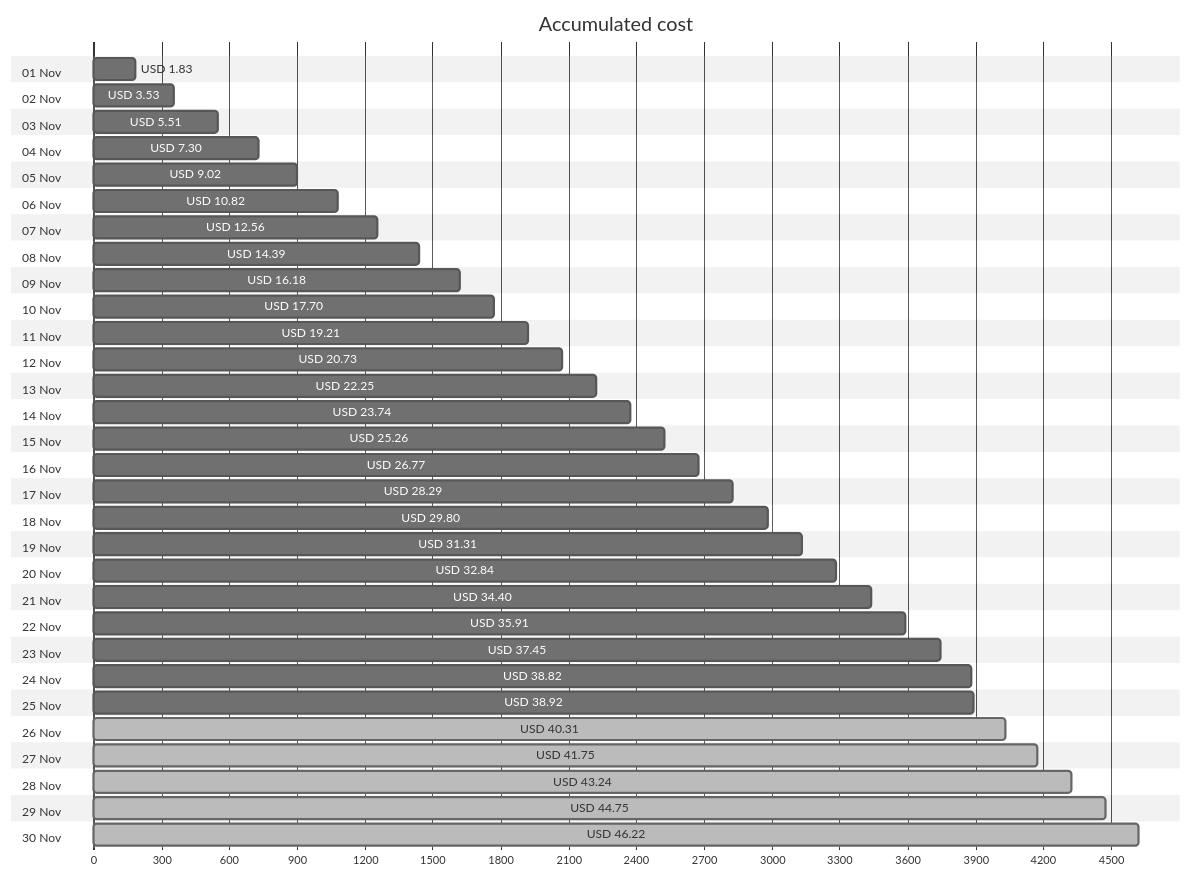
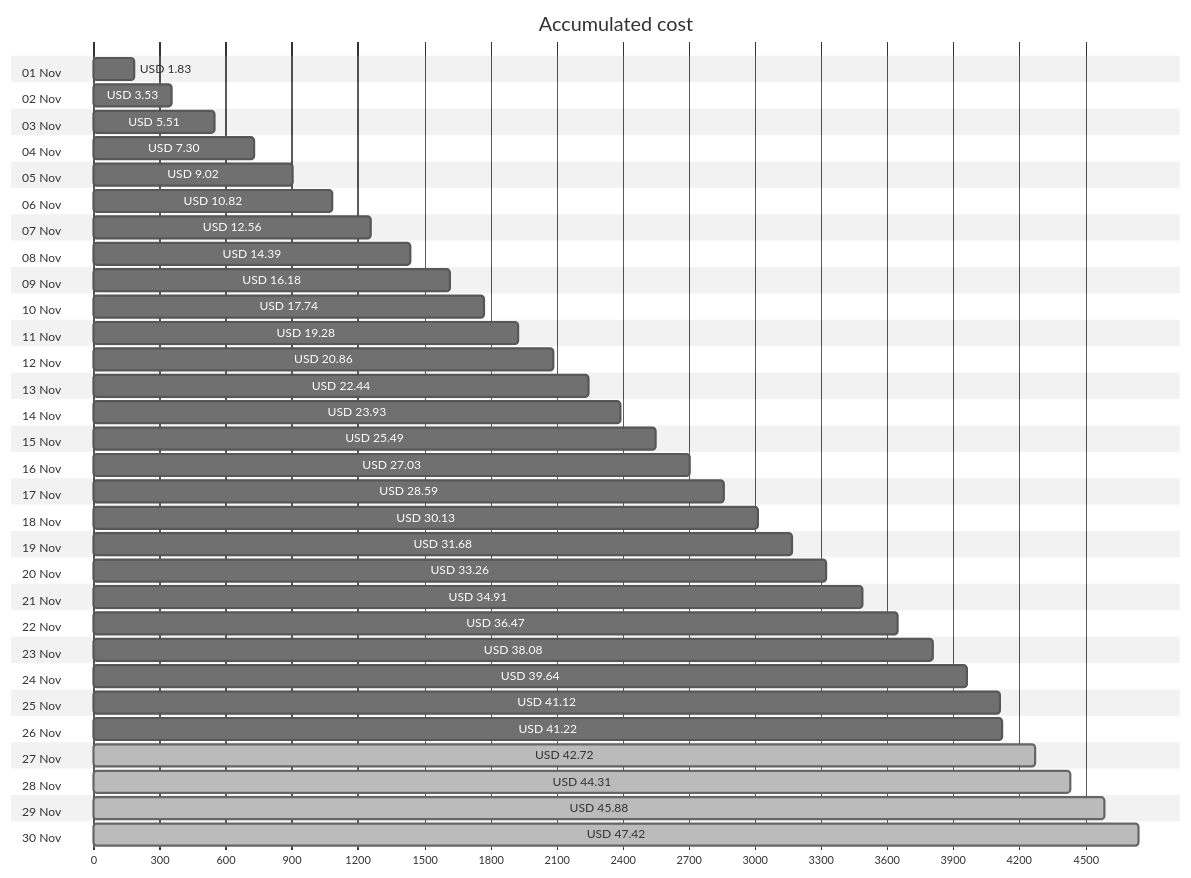
One commit to jpfulton/azure-personal-reports changed the first of 4 diagrams in cost-reports/personal-network/README.md. Above: the diagram before and after it, drawn with Mermaid (neutral theme). The commit also changed other lines of this file and 8 other files, not shown here.

````diff
--- a/cost-reports/personal-network/README.md
+++ b/cost-reports/personal-network/README.md
@@ -20,66 +20,66 @@
 ```mermaid
 gantt
    title Accumulated cost
    dateFormat  X
    axisFormat %s
    section 01 Nov
    USD 1.83 :0, 183
    section 02 Nov
    USD 3.53 :0, 353
    section 03 Nov
    USD 5.51 :0, 551
    section 04 Nov
    USD 7.30 :0, 730
    section 05 Nov
    USD 9.02 :0, 902
    section 06 Nov
    USD 10.82 :0, 1082
    section 07 Nov
    USD 12.56 :0, 1256
    section 08 Nov
    USD 14.39 :0, 1439
    section 09 Nov
    USD 16.18 :0, 1618
    section 10 Nov
-   USD 17.70 :0, 1770
+   USD 17.74 :0, 1774
    section 11 Nov
-   USD 19.21 :0, 1921
+   USD 19.28 :0, 1928
    section 12 Nov
-   USD 20.73 :0, 2073
+   USD 20.86 :0, 2086
    section 13 Nov
-   USD 22.25 :0, 2225
+   USD 22.44 :0, 2244
    section 14 Nov
-   USD 23.74 :0, 2374
+   USD 23.93 :0, 2393
    section 15 Nov
-   USD 25.26 :0, 2526
+   USD 25.49 :0, 2549
    section 16 Nov
-   USD 26.77 :0, 2677
+   USD 27.03 :0, 2703
    section 17 Nov
-   USD 28.29 :0, 2829
+   USD 28.59 :0, 2859
    section 18 Nov
-   USD 29.80 :0, 2980
+   USD 30.13 :0, 3013
    section 19 Nov
-   USD 31.31 :0, 3131
+   USD 31.68 :0, 3168
    section 20 Nov
-   USD 32.84 :0, 3284
+   USD 33.26 :0, 3326
    section 21 Nov
-   USD 34.40 :0, 3440
+   USD 34.91 :0, 3491
    section 22 Nov
-   USD 35.91 :0, 3591
+   USD 36.47 :0, 3647
    section 23 Nov
-   USD 37.45 :0, 3745
+   USD 38.08 :0, 3808
    section 24 Nov
-   USD 38.82 :0, 3882
+   USD 39.64 :0, 3964
    section 25 Nov
-   USD 38.92 :0, 3892
+   USD 41.12 :0, 4112
    section 26 Nov
-   USD 40.31 : done, 0, 4031
+   USD 41.22 :0, 4122
    section 27 Nov
-   USD 41.75 : done, 0, 4175
+   USD 42.72 : done, 0, 4272
    section 28 Nov
-   USD 43.24 : done, 0, 4324
+   USD 44.31 : done, 0, 4431
    section 29 Nov
-   USD 44.75 : done, 0, 4475
+   USD 45.88 : done, 0, 4588
    section 30 Nov
-   USD 46.22 : done, 0, 4622
+   USD 47.42 : done, 0, 4742
 ```
````
